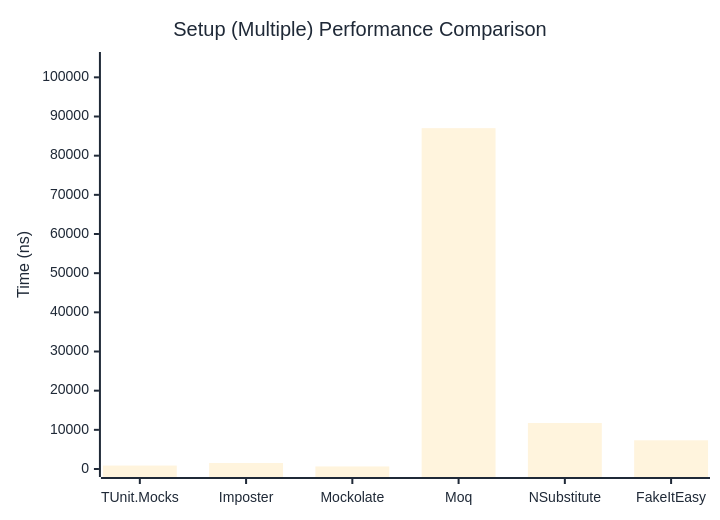
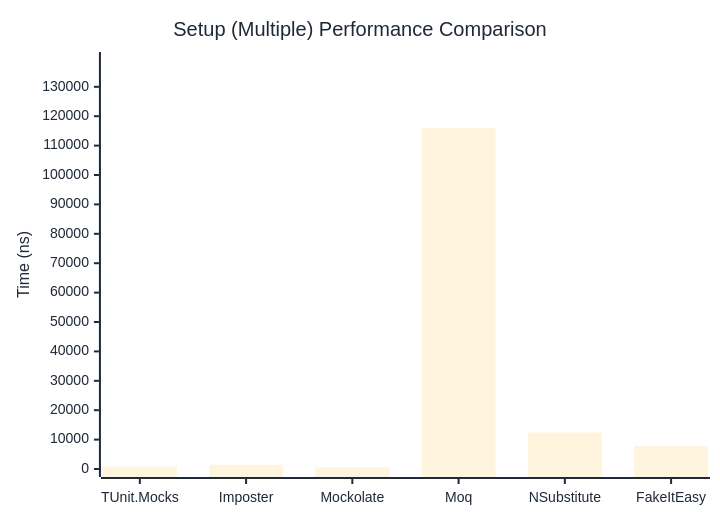
Before and after one commit to thomhurst/TUnit: the second of 2 diagrams in docs/docs/benchmarks/mocks/Setup.md, drawn with Mermaid. The commit also changed other lines of this file and 14 other files, not shown here.

````diff
--- a/docs/docs/benchmarks/mocks/Setup.md
+++ b/docs/docs/benchmarks/mocks/Setup.md
@@ -71,27 +71,27 @@
 ```mermaid
 %%{init: {
   'theme':'base',
   'themeVariables': {
     'primaryColor': '#2563eb',
     'primaryTextColor': '#1f2937',
     'primaryBorderColor': '#1e40af',
     'lineColor': '#6b7280',
     'secondaryColor': '#7c3aed',
     'tertiaryColor': '#dc2626',
     'background': '#ffffff',
     'pie1': '#2563eb',
     'pie2': '#7c3aed',
     'pie3': '#dc2626',
     'pie4': '#f59e0b',
     'pie5': '#10b981',
     'pie6': '#06b6d4',
     'pie7': '#ec4899',
     'pie8': '#6366f1'
   }
 }}%%
 xychart-beta
   title "Setup (Multiple) Performance Comparison"
   x-axis ["TUnit.Mocks", "Imposter", "Mockolate", "Moq", "NSubstitute", "FakeItEasy"]
-  y-axis "Time (ns)" 0 --> 104427
-  bar [874.3, 1534.3, 650.6, 87021.8, 11738.9, 7329.4]
+  y-axis "Time (ns)" 0 --> 139120
+  bar [822.6, 1443.6, 556.5, 115933.1, 12410.2, 7837.5]
 ```
````
